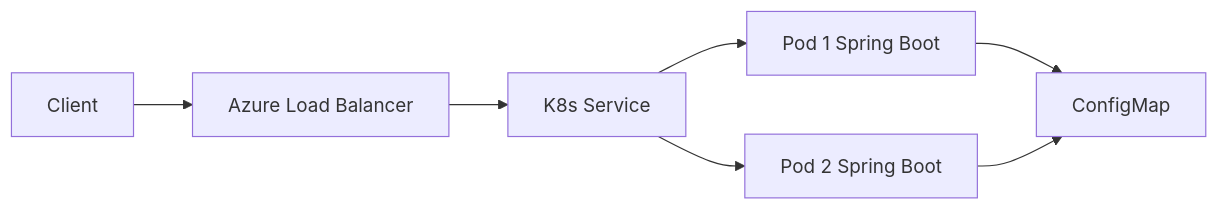
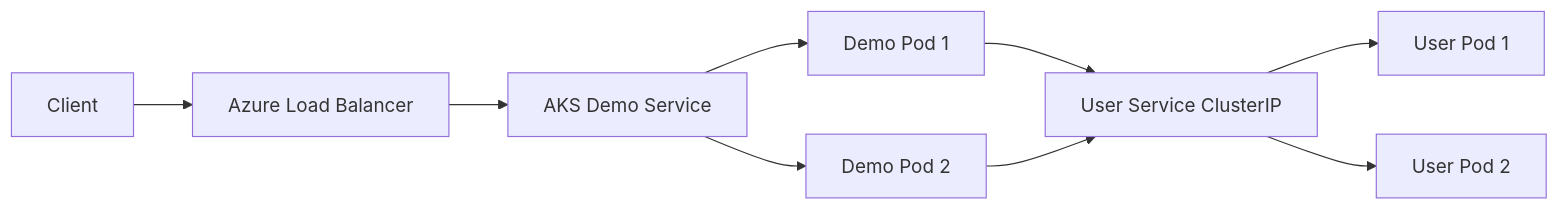
The first of 2 diagrams in README.md (manglatech/Azure_Kubernetes_Service), drawn with Mermaid before and after one commit. The commit also changed other lines of this file and 13 other files, not shown here.

First line of the commit message:
Integrate user service client and expand Azure deployment docs.

````diff
--- a/README.md
+++ b/README.md
@@ -86,9 +140,11 @@
 ```mermaid
 flowchart LR
   User[Client] --> LB[Azure Load Balancer]
-  LB --> SVC[K8s Service]
-  SVC --> P1[Pod 1 Spring Boot]
-  SVC --> P2[Pod 2 Spring Boot]
-  P1 --> CM[ConfigMap]
-  P2 --> CM
+  LB --> SVC[AKS Demo Service]
+  SVC --> P1[Demo Pod 1]
+  SVC --> P2[Demo Pod 2]
+  P1 --> USVC[User Service ClusterIP]
+  P2 --> USVC
+  USVC --> U1[User Pod 1]
+  USVC --> U2[User Pod 2]
 ```
````
